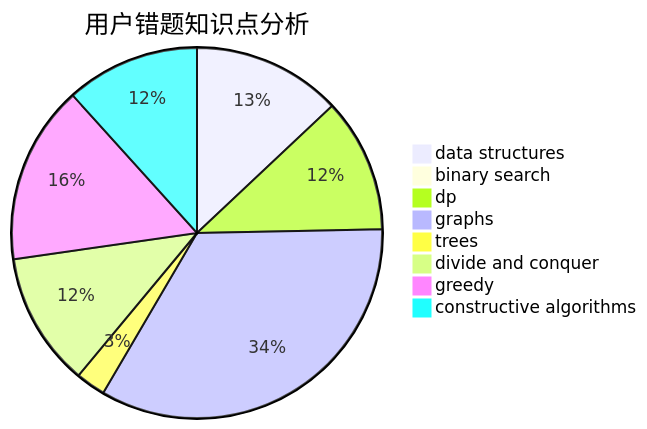
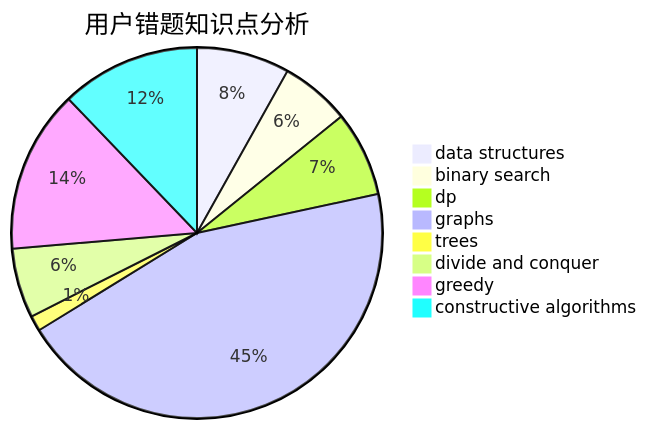
Before and after one commit to sherpahu/cfrs.github.io: the third of 3 diagrams in docs/user/u1992.md, drawn with Mermaid. The commit also changed other lines of this file and 2770 other files, not shown here.

````diff
--- a/docs/user/u1992.md
+++ b/docs/user/u1992.md
@@ -36,11 +36,11 @@
 ```mermaid
 pie title 用户错题知识点分析
-    "data structures" :  10
-    "binary search" :  0
-    "dp" :  9
-    "graphs" :  26
+    "data structures" :  12
+    "binary search" :  9
+    "dp" :  11
+    "graphs" :  66
     "trees" :  2
     "divide and conquer" :  9
-    "greedy" :  12
-    "constructive algorithms" :  9
+    "greedy" :  21
+    "constructive algorithms" :  18
 ```
````
